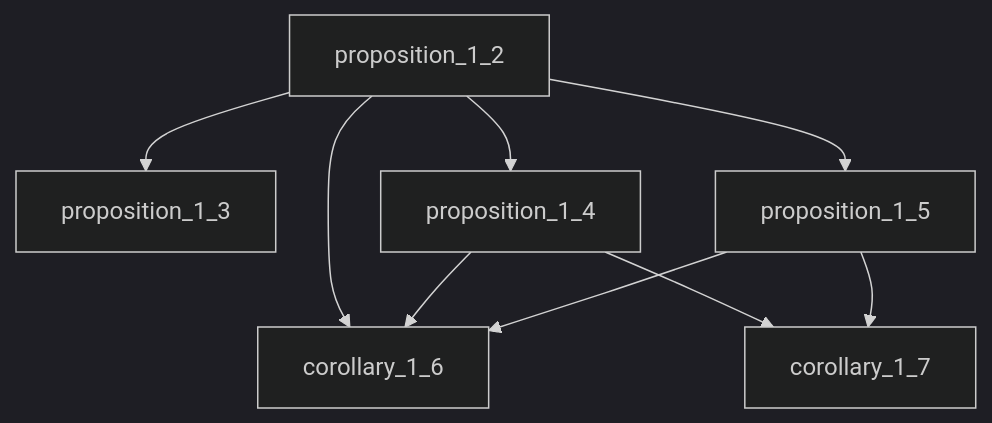
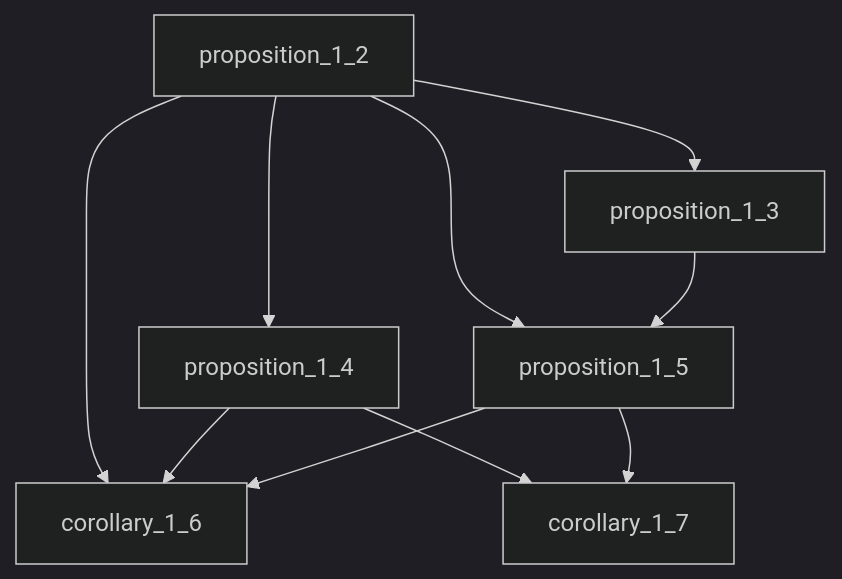
The second of 5 diagrams in arxiv.md (catskillsresearch/scott1972), drawn with Mermaid (dark theme) before and after one commit. The commit also changed other lines of this file and 4 other files, not shown here.

````diff
--- a/arxiv.md
+++ b/arxiv.md
@@ -225,18 +223,19 @@
 ```mermaid
 flowchart TD
   P12["proposition_1_2"]
   P13["proposition_1_3"]
   P14["proposition_1_4"]
   P15["proposition_1_5"]
   C16["corollary_1_6"]
   C17["corollary_1_7"]
 
   P12 --> P13
   P12 --> P14
   P12 --> P15
+  P13 --> P15
   P12 --> C16
   P14 --> C16
   P15 --> C16
   P14 --> C17
   P15 --> C17
 ```
````
